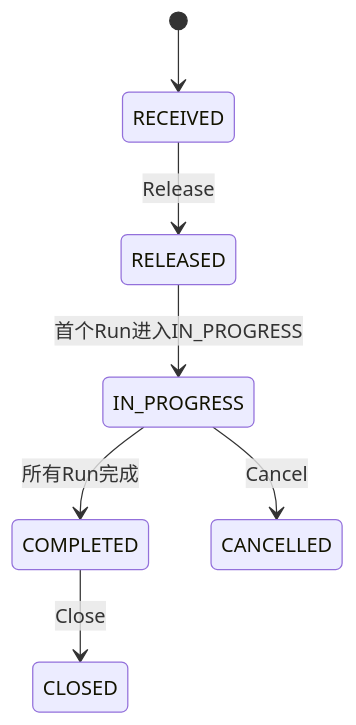
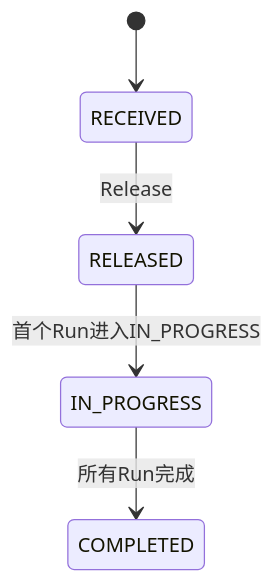
Before and after one commit to catoncat/better: the first of 5 diagrams in domain_docs/mes/spec/process/02_state_machines.md, drawn with Mermaid. The commit also changed other lines of this file and 35 other files, not shown here.

````diff
--- a/domain_docs/mes/spec/process/02_state_machines.md
+++ b/domain_docs/mes/spec/process/02_state_machines.md
@@ -19,9 +19,7 @@
 ```mermaid
 stateDiagram-v2
   [*] --> RECEIVED
   RECEIVED --> RELEASED: Release
   RELEASED --> IN_PROGRESS: 首个Run进入IN_PROGRESS
   IN_PROGRESS --> COMPLETED: 所有Run完成
-  IN_PROGRESS --> CANCELLED: Cancel
-  COMPLETED --> CLOSED: Close
 ```
````
